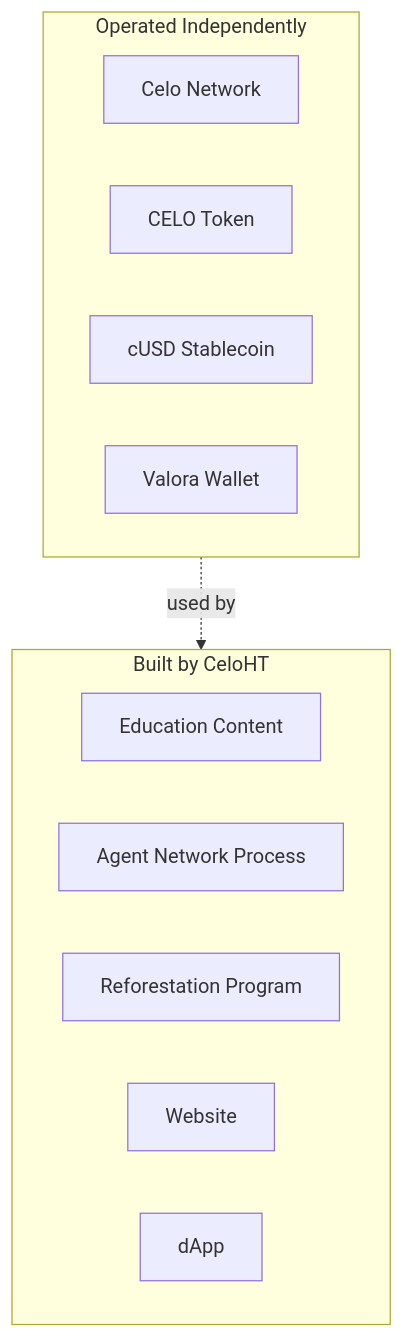
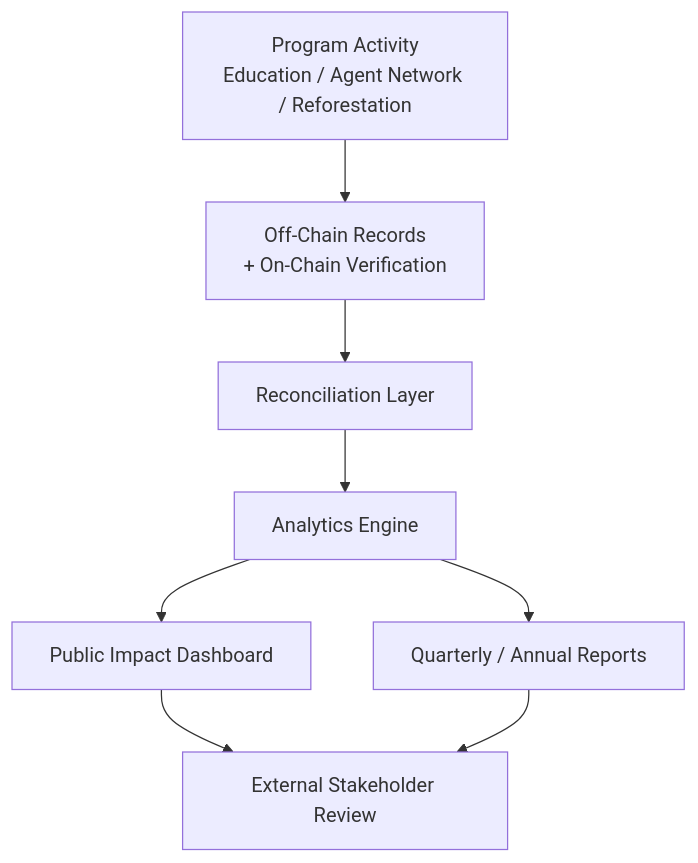
One commit to Celo-HaiTi/CeloHT changed diagram 18 of 21 in WHITEPAPER.md. Above: the diagram before and after it, drawn with Mermaid. The commit also changed other lines of this file, not shown here.

````diff
--- a/WHITEPAPER.md
+++ b/WHITEPAPER.md
@@ -633,19 +1090,10 @@
 ```mermaid
-flowchart TB
-    subgraph External["Operated Independently"]
-        CeloNet[Celo Network]
-        CELOToken[CELO Token]
-        cUSDToken[cUSD Stablecoin]
-        ValoraApp[Valora Wallet]
-    end
-
-    subgraph CeloHTLayer["Built by CeloHT"]
-        EduContent[Education Content]
-        AgentProcess[Agent Network Process]
-        ReforestProgram[Reforestation Program]
-        WebsiteApp[Website]
-        DappApp[dApp]
-    end
-
-    External -.used by.-> CeloHTLayer
+flowchart TD
+    A[Program Activity<br/>Education / Agent Network / Reforestation] --> B[Off-Chain Records<br/>+ On-Chain Verification]
+    B --> C[Reconciliation Layer]
+    C --> D[Analytics Engine]
+    D --> E[Public Impact Dashboard]
+    D --> F[Quarterly / Annual Reports]
+    E --> G[External Stakeholder Review]
+    F --> G
 ```
````
